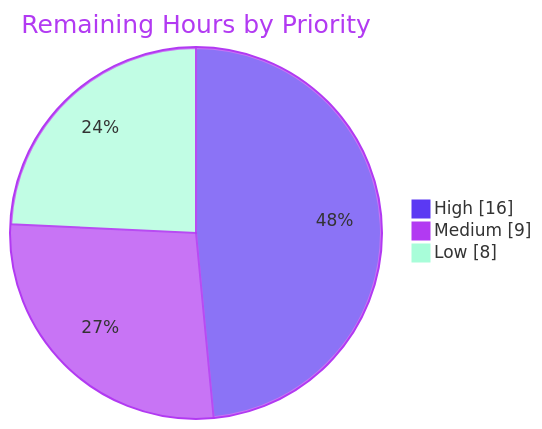
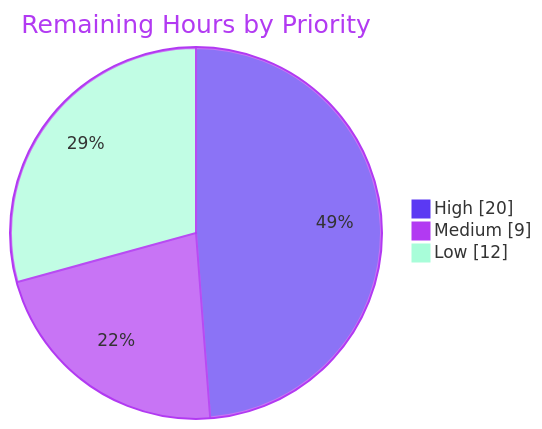
One commit to blitzy-public-samples/phuse-scripts changed the third of 3 diagrams in blitzy/documentation/Project Guide - 0eccb49b-cfd5-4271-9920-601ed7c17315.md. Above: the diagram before and after it, drawn with Mermaid. The commit also changed other lines of this file, not shown here.

````diff
--- a/blitzy/documentation/Project Guide - 0eccb49b-cfd5-4271-9920-601ed7c17315.md
+++ b/blitzy/documentation/Project Guide - 0eccb49b-cfd5-4271-9920-601ed7c17315.md
@@ -222,7 +238,7 @@
 ```mermaid
 %%{init: {"theme": "base", "themeVariables": {"pie1": "#5B39F3", "pie2": "#B23AF2", "pie3": "#A8FDD9", "pieStrokeColor": "#B23AF2", "pieOuterStrokeColor": "#B23AF2", "pieTitleTextColor": "#B23AF2"}}}%%
 pie showData title Remaining Hours by Priority
-    "High" : 16
+    "High" : 20
     "Medium" : 9
-    "Low" : 8
+    "Low" : 12
 ```
````
